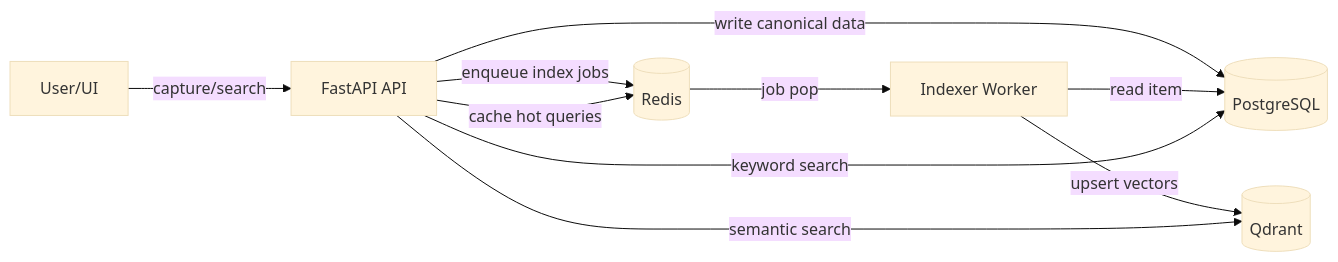
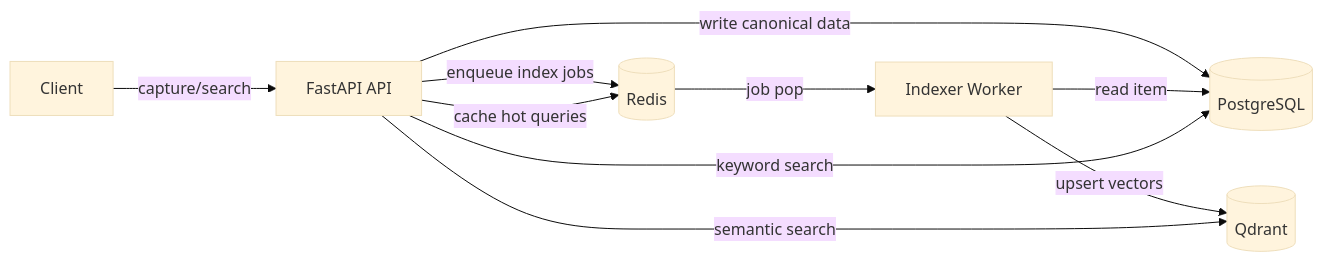
One commit to architectfromthefuture/memory-dropbox changed the diagram in README.md. Above: the diagram before and after it, drawn with Mermaid (base theme). The commit also changed other lines of this file and 26 other files, not shown here.

````diff
--- a/README.md
+++ b/README.md
@@ -21,19 +62,19 @@
 ```mermaid
 flowchart LR
-  User[User/UI]
+  Client[Client]
   Api[FastAPI API]
   Pg[(PostgreSQL)]
   Redis[(Redis)]
   Worker[Indexer Worker]
   Qdrant[(Qdrant)]
 
-  User -->|capture/search| Api
+  Client -->|capture/search| Api
   Api -->|write canonical data| Pg
   Api -->|enqueue index jobs| Redis
   Redis -->|job pop| Worker
   Worker -->|read item| Pg
   Worker -->|upsert vectors| Qdrant
   Api -->|keyword search| Pg
   Api -->|semantic search| Qdrant
   Api -->|cache hot queries| Redis
 ```
````
